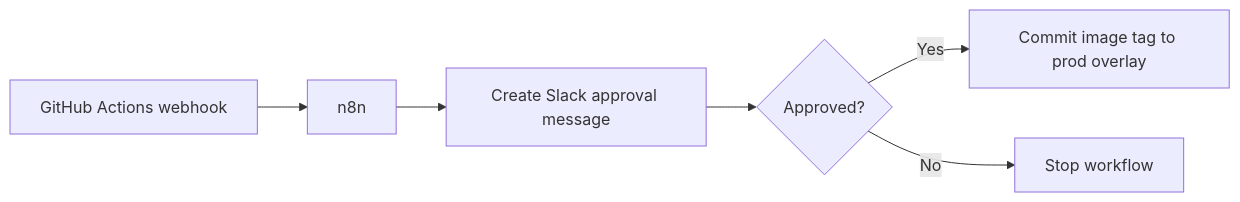
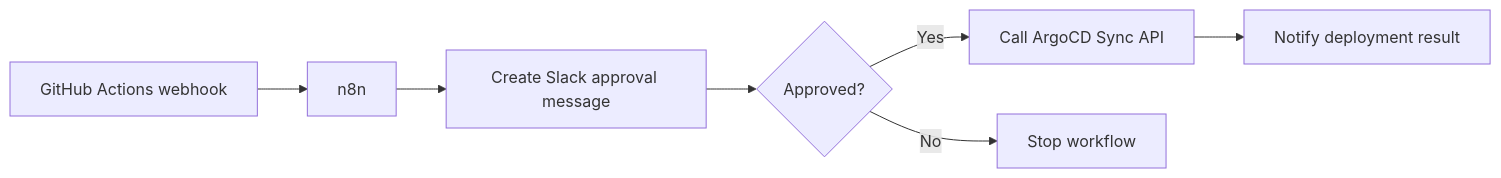
The second of 2 diagrams in content/posts/en/gitops-argocd-n8n-deployment.md (devy1540/devy1540.github.io), drawn with Mermaid before and after one commit. The commit also changed other lines of this file and 40 other files, not shown here.

````diff
--- a/content/posts/en/gitops-argocd-n8n-deployment.md
+++ b/content/posts/en/gitops-argocd-n8n-deployment.md
@@ -123,8 +121,9 @@
 ```mermaid
 flowchart LR
     A["GitHub Actions webhook"] --> B["n8n"]
     B --> C["Create Slack approval message"]
     C --> D{"Approved?"}
-    D -->|"Yes"| E["Commit image tag to prod overlay"]
+    D -->|"Yes"| E["Call ArgoCD Sync API"]
+    E --> G["Notify deployment result"]
     D -->|"No"| F["Stop workflow"]
 ```
````
